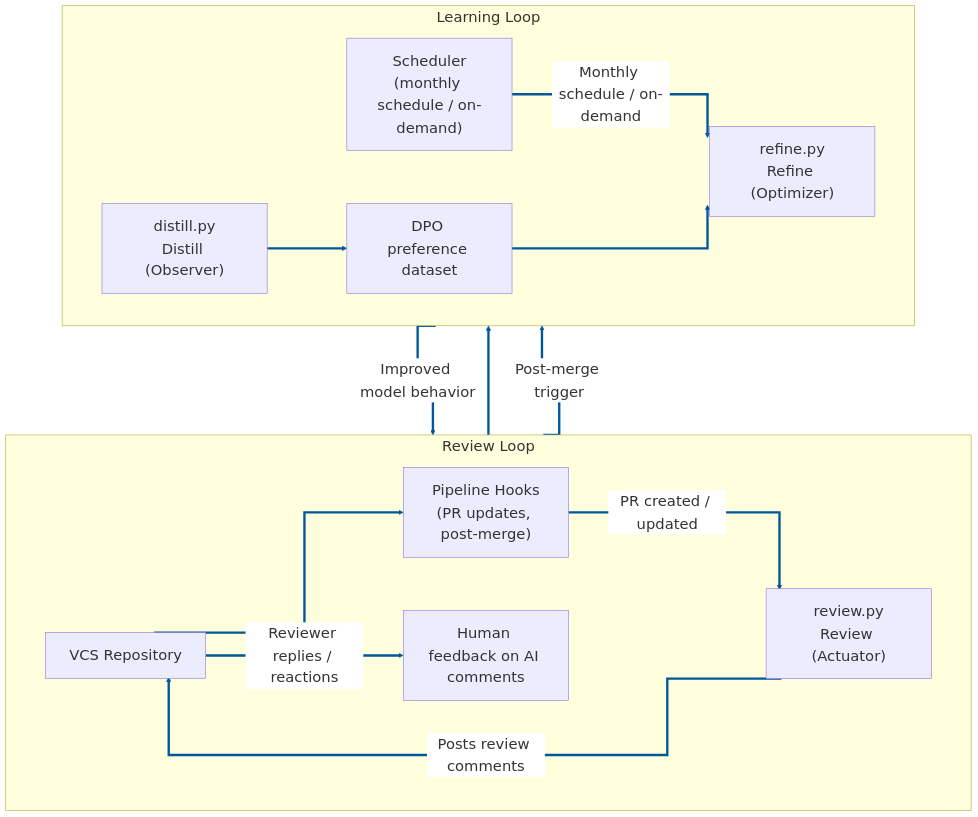
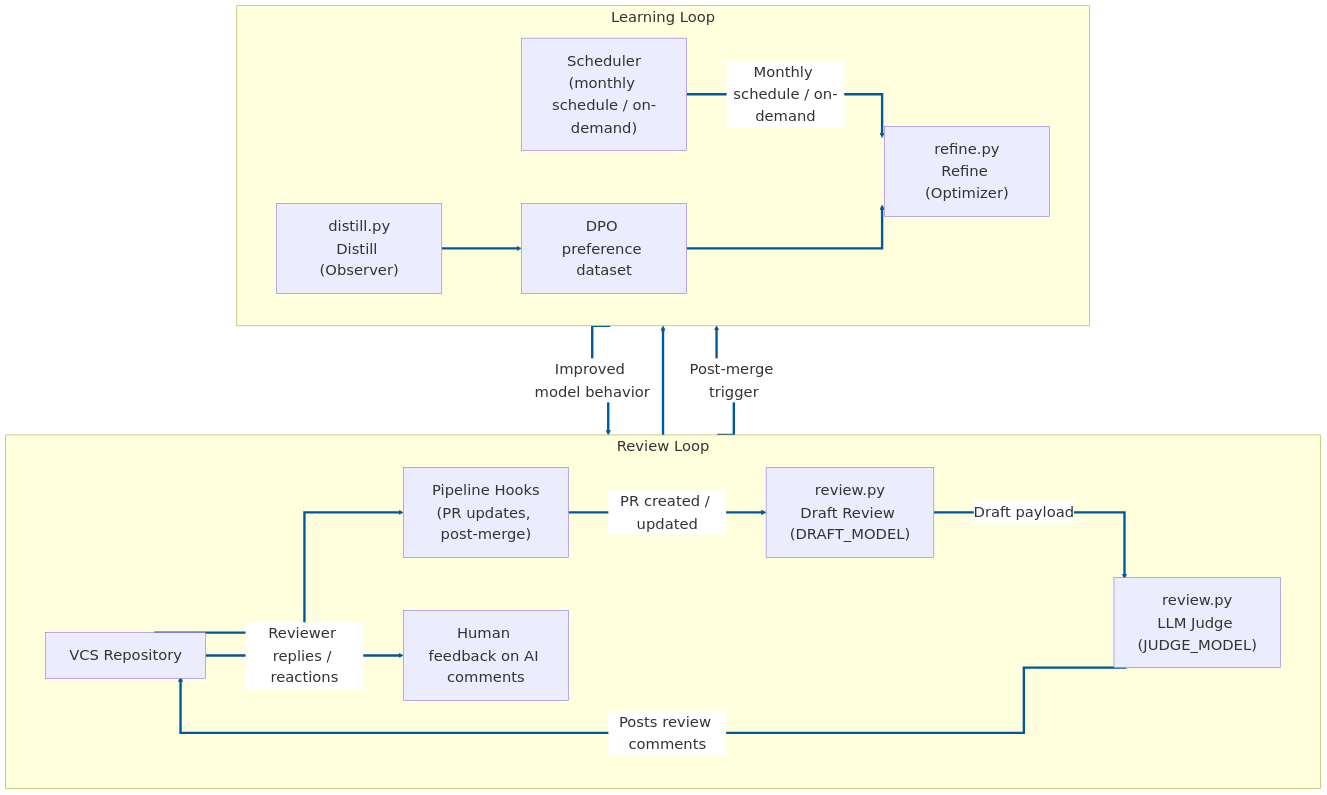
One commit to aravin-86/reflex-reviewer changed the diagram in README.md. Above: the diagram before and after it, drawn with Mermaid. The commit also changed other lines of this file and 20 other files, not shown here.

Commit message:
added llm judge stage to review flow

````diff
--- a/README.md
+++ b/README.md
@@ -48,35 +50,37 @@
 ```mermaid
 %%{init: {'themeVariables': {'fontSize': '25px', 'lineColor': '#01579b', 'edgeLabelBackground': '#ffffff'}, 'flowchart': {'curve': 'stepAfter', 'nodeSpacing': 90, 'rankSpacing': 110, 'padding': 20}} }%%
 flowchart TB
     classDef largeText fill:#e1f5fe,stroke:#01579b,stroke-width:3px,font-size:25px;
-    class repo,pipelineHooks,scheduler,review,feedback,distill,data,refine largeText;
+    class repo,pipelineHooks,scheduler,draftReview,judgeReview,feedback,distill,data,refine largeText;
 
     subgraph reviewLoop["Review Loop"]
       direction LR
       repo["VCS Repository"]
       pipelineHooks["Pipeline Hooks<br/>(PR updates, post-merge)"]
-      review["review.py<br/>Review (Actuator)"]
+      draftReview["review.py<br/>Draft Review (DRAFT_MODEL)"]
+      judgeReview["review.py<br/>LLM Judge (JUDGE_MODEL)"]
       feedback["Human feedback on AI comments"]
     end
 
     subgraph learningLoop["Learning Loop"]
       direction LR
       distill["distill.py<br/>Distill (Observer)"]
       data["DPO preference dataset"]
       refine["refine.py<br/>Refine (Optimizer)"]
       scheduler["Scheduler<br/>(monthly schedule / on-demand)"]
     end
 
     repo --> pipelineHooks
-    pipelineHooks -->|PR created / updated| review
-    review -->|Posts review comments| repo
+    pipelineHooks -->|PR created / updated| draftReview
+    draftReview -->|Draft payload| judgeReview
+    judgeReview -->|Posts review comments| repo
     repo -->|Reviewer replies / reactions| feedback
     feedback --> distill
     pipelineHooks -->|Post-merge trigger| distill
     distill --> data
     scheduler -->|Monthly schedule / on-demand| refine
     data --> refine
-    refine -->|Improved model behavior| review
+    refine -->|Improved model behavior| draftReview
 
     linkStyle default stroke:#01579b,stroke-width:4px;
 ```
````
